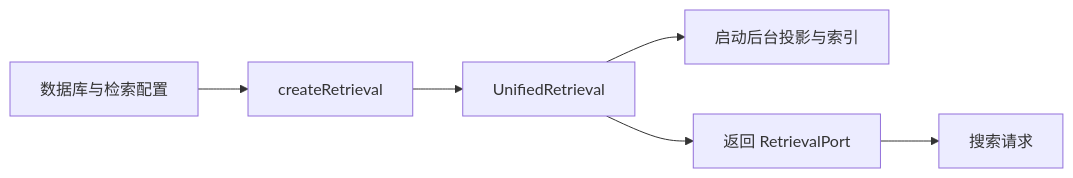
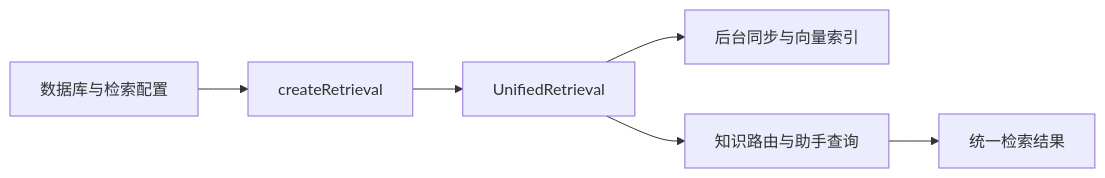
The diagram in .repo-review/knowledge/articles/4de4dc1b2d97b0ac0916c8d7803da3bbb33b99302666b39fa0e01e13e7ba9ae6.md (lejunyang/omem), drawn with Mermaid before and after one commit. The commit also changed other lines of this file and 18 other files, not shown here.

````diff
--- a/.repo-review/knowledge/articles/4de4dc1b2d97b0ac0916c8d7803da3bbb33b99302666b39fa0e01e13e7ba9ae6.md
+++ b/.repo-review/knowledge/articles/4de4dc1b2d97b0ac0916c8d7803da3bbb33b99302666b39fa0e01e13e7ba9ae6.md
@@ -17,8 +19,8 @@
 ```mermaid
 flowchart LR
   A[数据库与检索配置] --> B[createRetrieval]
   B --> C[UnifiedRetrieval]
-  C --> D[启动后台投影与索引]
-  C --> E[返回 RetrievalPort]
-  E --> F[搜索请求]
+  C --> D[后台同步与向量索引]
+  C --> E[知识路由与助手查询]
+  E --> F[统一检索结果]
 ```
````
